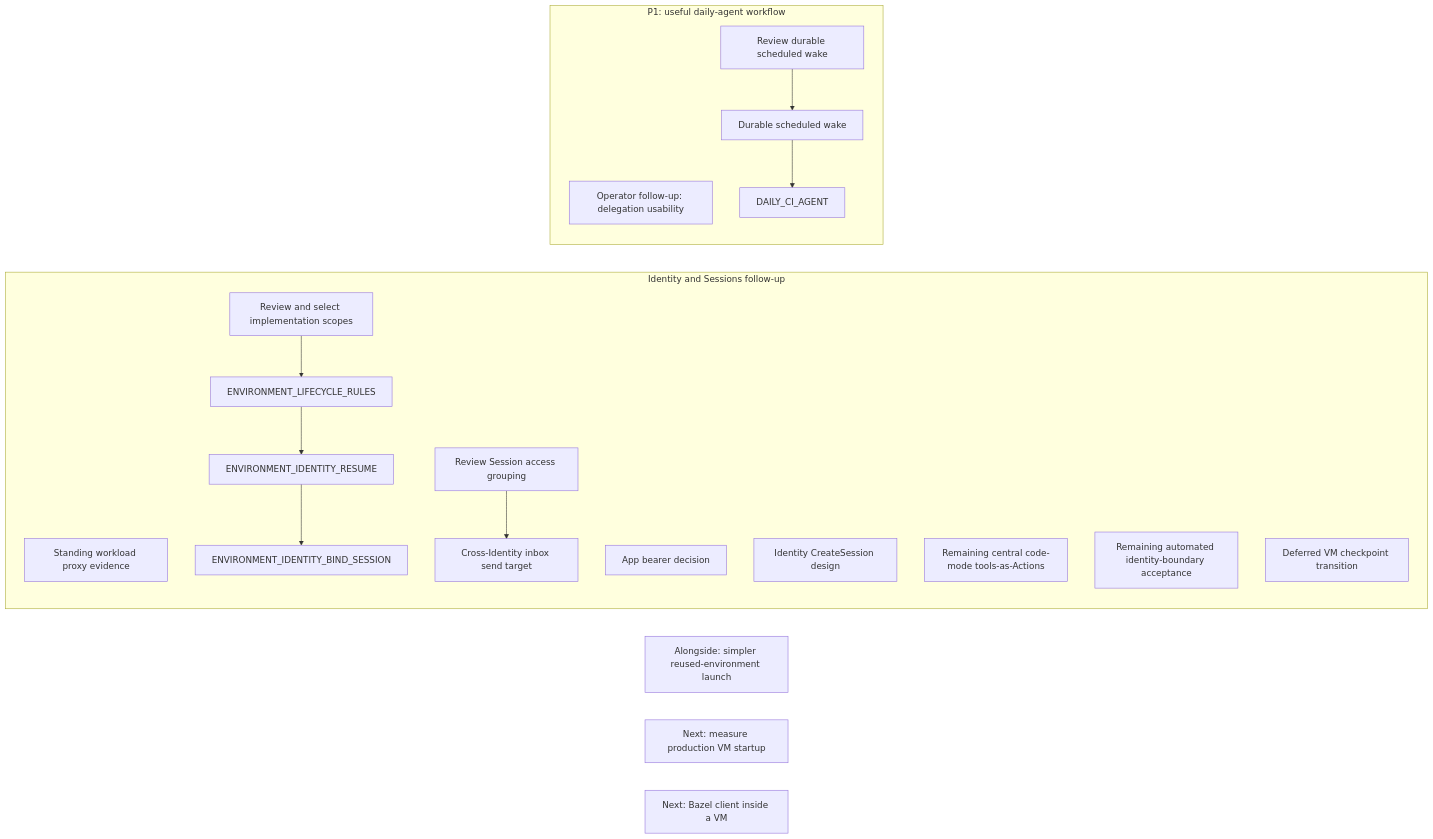
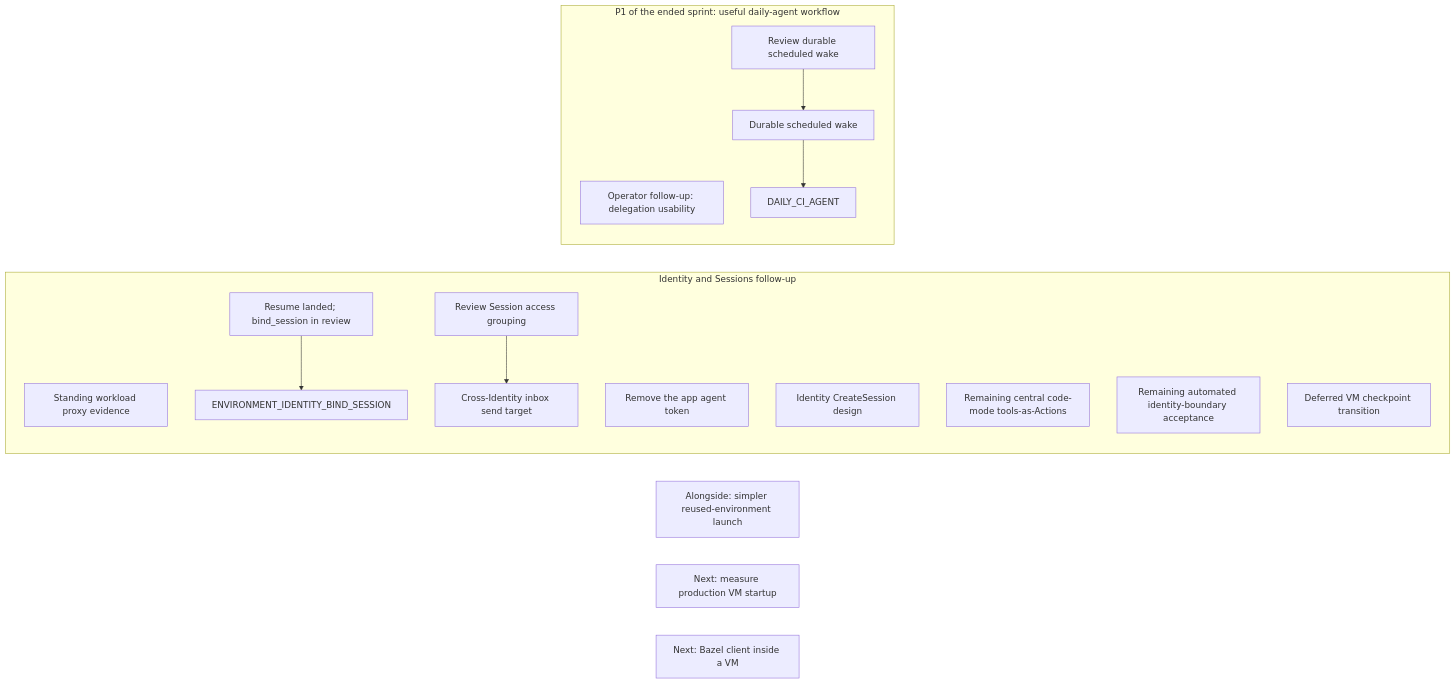
One commit to agentydragon/ducktape changed the third of 21 diagrams in agentplane/plans/task_dag.md. Above: the diagram before and after it, drawn with Mermaid. The commit also changed other lines of this file and 1 other file, not shown here.

````diff
--- a/agentplane/plans/task_dag.md
+++ b/agentplane/plans/task_dag.md
@@ -201,22 +293,21 @@
 ```mermaid
 flowchart LR
     subgraph IDENTITY_TRACK[Identity and Sessions follow-up]
         STANDING_WORKLOAD_IDENTITY[Standing workload proxy evidence]
-        ENVIRONMENT_RULE_TYPE_DESIGN[Review and select implementation scopes] --> ENVIRONMENT_LIFECYCLE_RULES
-        ENVIRONMENT_LIFECYCLE_RULES --> ENVIRONMENT_IDENTITY_RESUME --> ENVIRONMENT_IDENTITY_BIND_SESSION
+        ENVIRONMENT_LIFECYCLE_RULES[Resume landed; bind_session in review] --> ENVIRONMENT_IDENTITY_BIND_SESSION
         SESSION_ACCESS_GROUPING_DESIGN[Review Session access grouping] --> SESSION_IDENTITY_AUTHZ[Cross-Identity inbox send target]
-        APP_AGENT_TOKEN_DECISION[App bearer decision]
+        APP_AGENT_TOKEN_DECISION[Remove the app agent token]
         SESSION_SUBAGENT_DELEGATION[Identity CreateSession design]
         CENTRAL_SESSION_DELEGATED_ACTING[Remaining central code-mode tools-as-Actions]
         IDENTITY_SYSTEM_TESTS[Remaining automated identity-boundary acceptance]
         SANDBOX_IDENTITY_CHANGE_CHECKPOINT[Deferred VM checkpoint transition]
     end
-    subgraph PRIORITY_ONE[P1: useful daily-agent workflow]
+    subgraph PRIORITY_ONE[P1 of the ended sprint: useful daily-agent workflow]
         THREAD_CREATE_AUTHORIZATION[Operator follow-up: delegation usability]
         SCHEDULED_AGENT_WAKE_DESIGN[Review durable scheduled wake] --> SCHEDULED_AGENT_WAKE
         SCHEDULED_AGENT_WAKE[Durable scheduled wake] --> DAILY_CI_AGENT
     end
     SESSION_LAUNCH_FRICTION[Alongside: simpler reused-environment launch]
     VM_STARTUP_LATENCY[Next: measure production VM startup]
     LOCAL_BAZEL[Next: Bazel client inside a VM]
 ```
````
